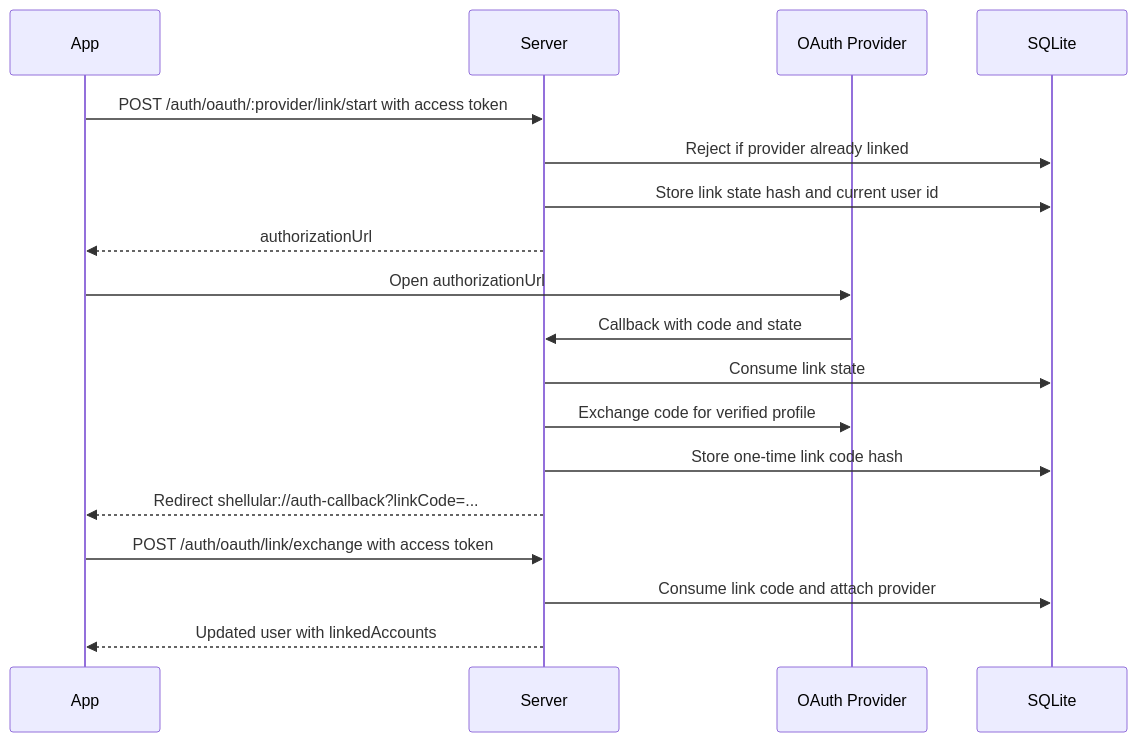
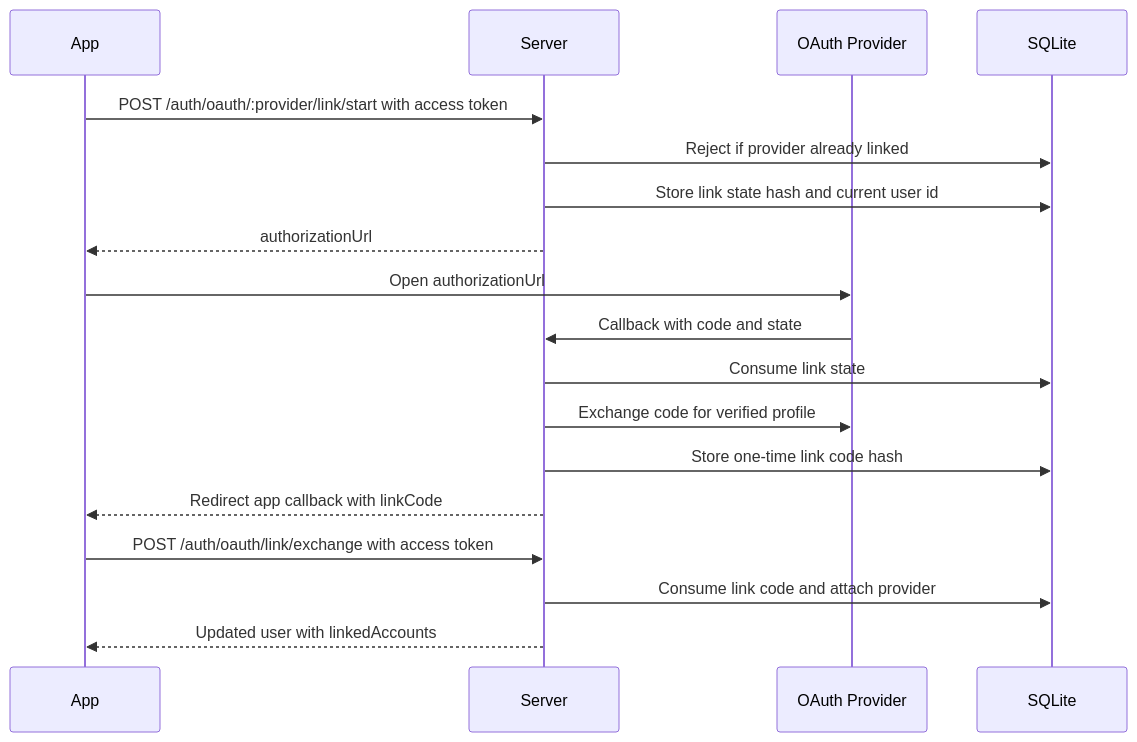
One commit to shellular-org/server changed the fourth of 4 diagrams in docs/oauth-flow.md. Above: the diagram before and after it, drawn with Mermaid. The commit also changed other lines of this file and 7 other files, not shown here.

````diff
--- a/docs/oauth-flow.md
+++ b/docs/oauth-flow.md
@@ -105,21 +107,21 @@
 ```mermaid
 sequenceDiagram
     participant App
     participant Server
     participant Provider as OAuth Provider
     participant SQLite
 
     App->>Server: POST /auth/oauth/:provider/link/start with access token
     Server->>SQLite: Reject if provider already linked
     Server->>SQLite: Store link state hash and current user id
     Server-->>App: authorizationUrl
     App->>Provider: Open authorizationUrl
     Provider->>Server: Callback with code and state
     Server->>SQLite: Consume link state
     Server->>Provider: Exchange code for verified profile
     Server->>SQLite: Store one-time link code hash
-    Server-->>App: Redirect shellular://auth-callback?linkCode=...
+    Server-->>App: Redirect app callback with linkCode
     App->>Server: POST /auth/oauth/link/exchange with access token
     Server->>SQLite: Consume link code and attach provider
     Server-->>App: Updated user with linkedAccounts
 ```
````
